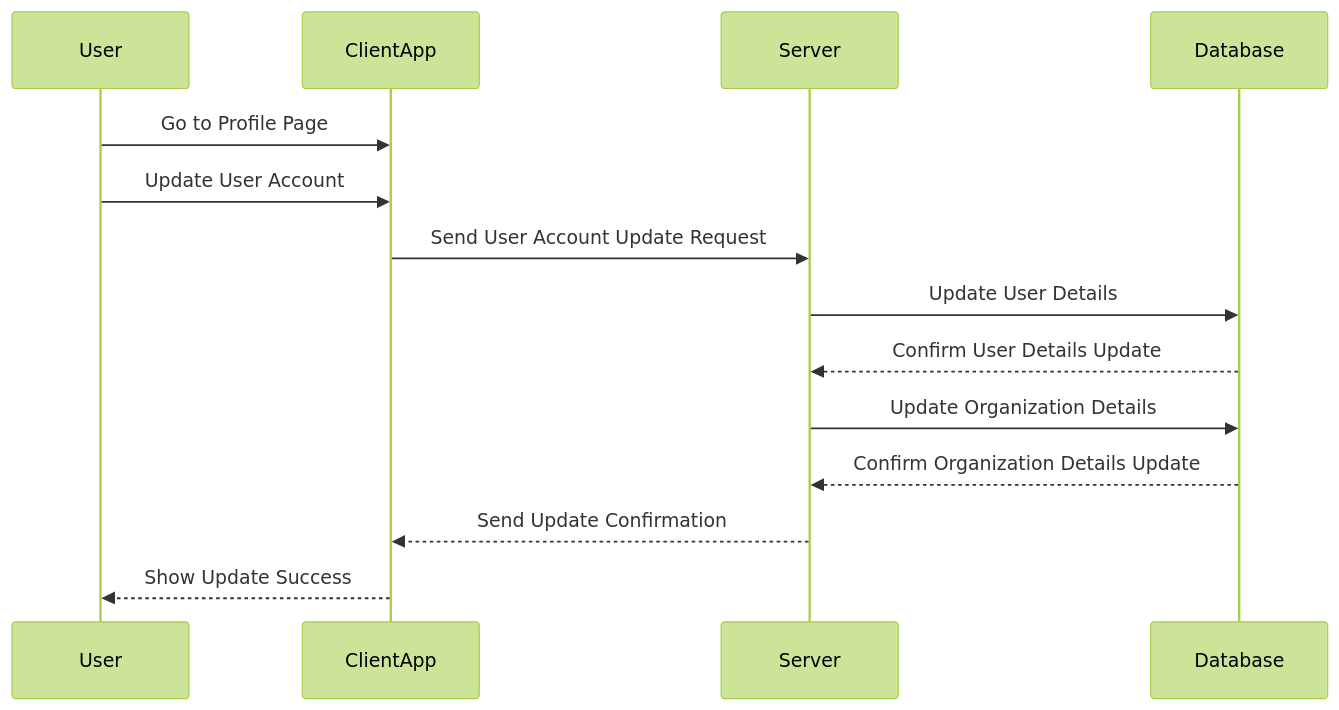
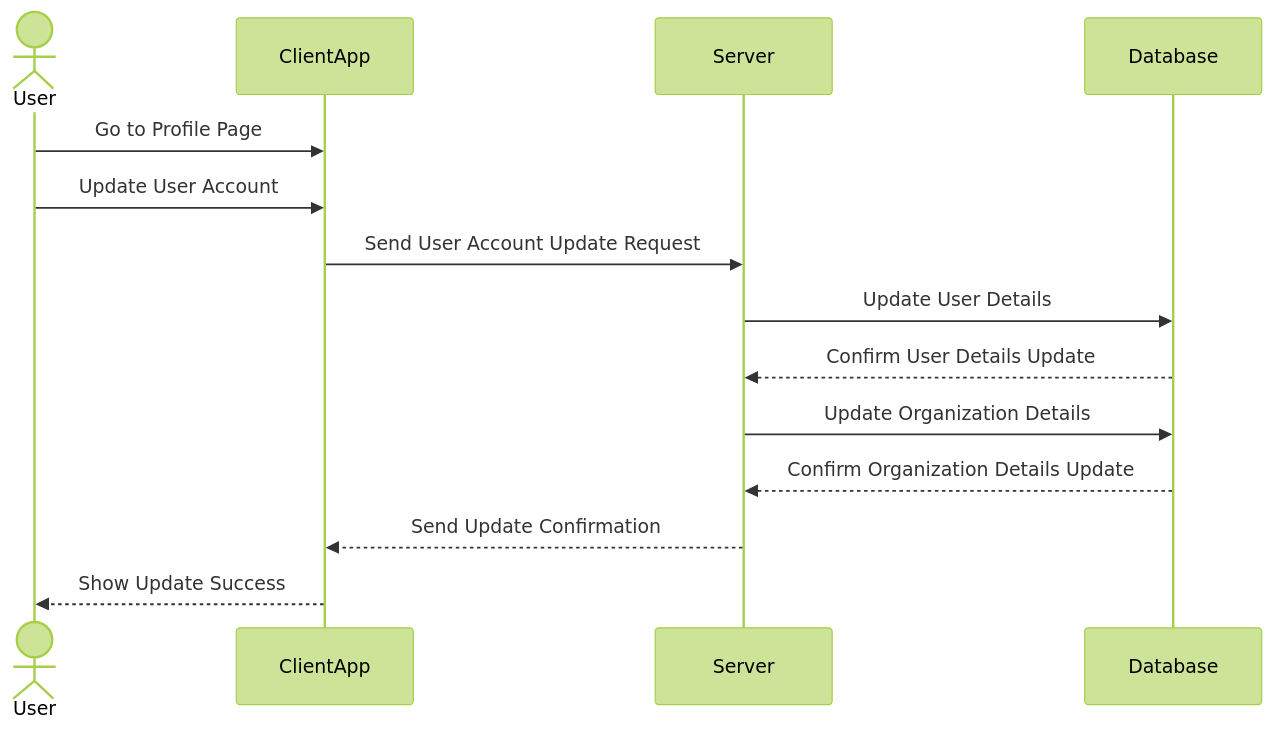
Before and after one commit to programinglive/programinglive.github.io: the diagram in project/hris/mvp/a_new_user_can_edit_their_account.md, drawn with Mermaid (forest theme). The commit also changed 1 other file, not shown here.

Commit message:
chore: update mvp "a new user can edit their account"

````diff
--- a/project/hris/mvp/a_new_user_can_edit_their_account.md
+++ b/project/hris/mvp/a_new_user_can_edit_their_account.md
@@ -12,17 +12,17 @@
 ```mermaid
 sequenceDiagram
-    participant User
+    Actor User
     participant ClientApp
     participant Server
     participant Database
 
     User->>ClientApp: Go to Profile Page
     User->>ClientApp: Update User Account
     ClientApp->>Server: Send User Account Update Request
     Server->>Database: Update User Details
     Database-->>Server: Confirm User Details Update
     Server->>Database: Update Organization Details
     Database-->>Server: Confirm Organization Details Update
     Server-->>ClientApp: Send Update Confirmation
     ClientApp-->>User: Show Update Success
 ```
````
